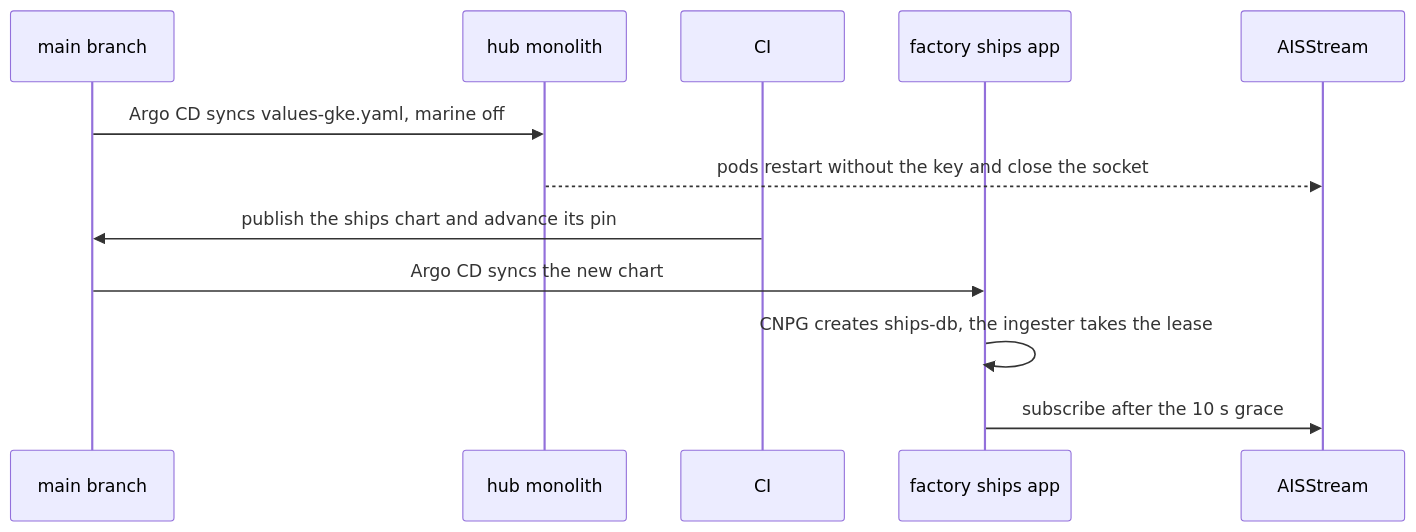
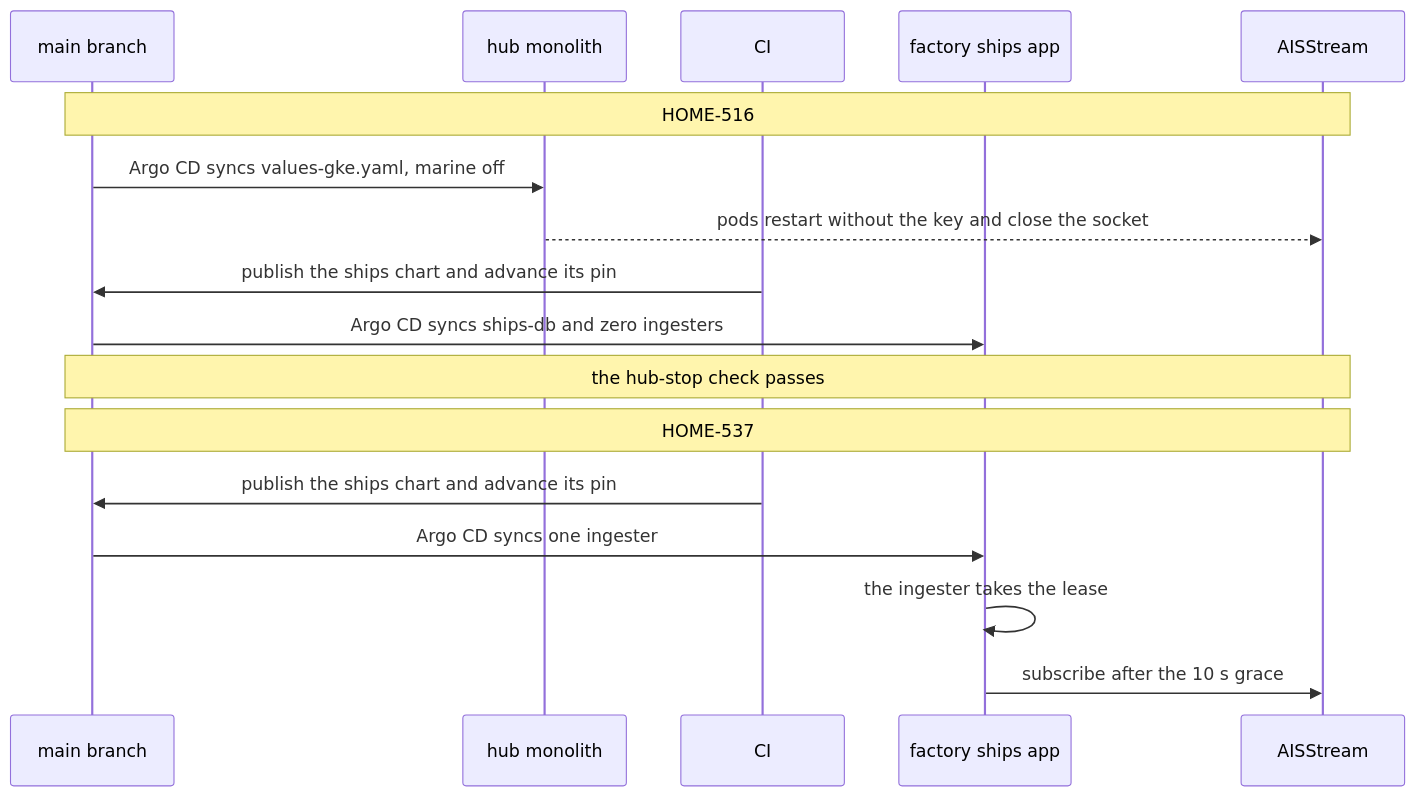
The first of 3 diagrams in projects/ships/ARCHITECTURE.md (jomcgi-org/homelab), drawn with Mermaid before and after one commit. The commit also changed other lines of this file and 2 other files, not shown here.

First line of the commit message:
fix(ships): stage the factory ingester at zero replicas

````diff
--- a/projects/ships/ARCHITECTURE.md
+++ b/projects/ships/ARCHITECTURE.md
@@ -72,14 +75,19 @@
 ```mermaid
 sequenceDiagram
   participant Main as main branch
   participant Hub as hub monolith
   participant CI
   participant Factory as factory ships app
   participant Feed as AISStream
+  Note over Main,Feed: HOME-516
   Main->>Hub: Argo CD syncs values-gke.yaml, marine off
   Hub-->>Feed: pods restart without the key and close the socket
   CI->>Main: publish the ships chart and advance its pin
-  Main->>Factory: Argo CD syncs the new chart
-  Factory->>Factory: CNPG creates ships-db, the ingester takes the lease
+  Main->>Factory: Argo CD syncs ships-db and zero ingesters
+  Note over Main,Feed: the hub-stop check passes
+  Note over Main,Feed: HOME-537
+  CI->>Main: publish the ships chart and advance its pin
+  Main->>Factory: Argo CD syncs one ingester
+  Factory->>Factory: the ingester takes the lease
   Factory->>Feed: subscribe after the 10 s grace
 ```
````
